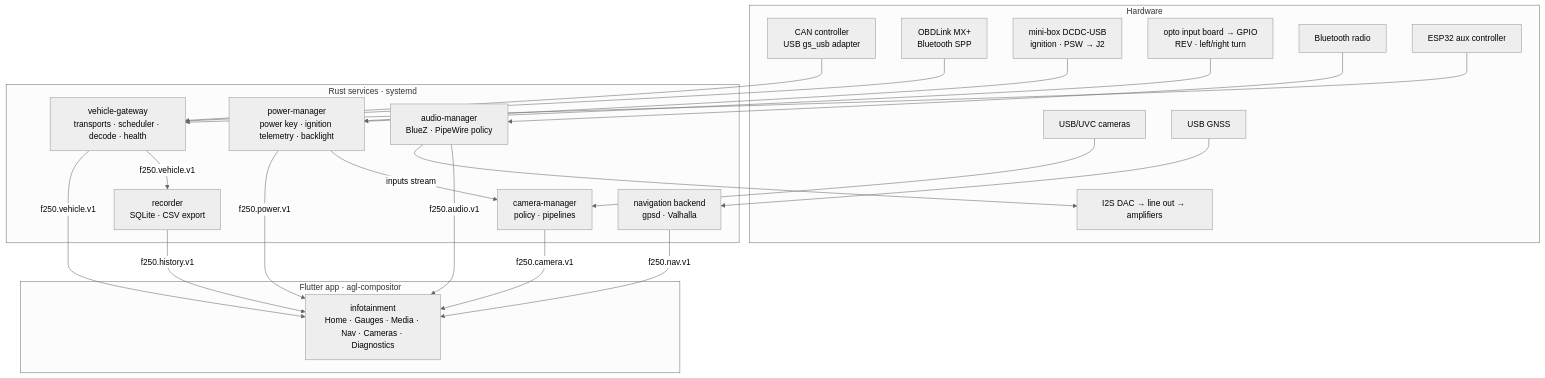
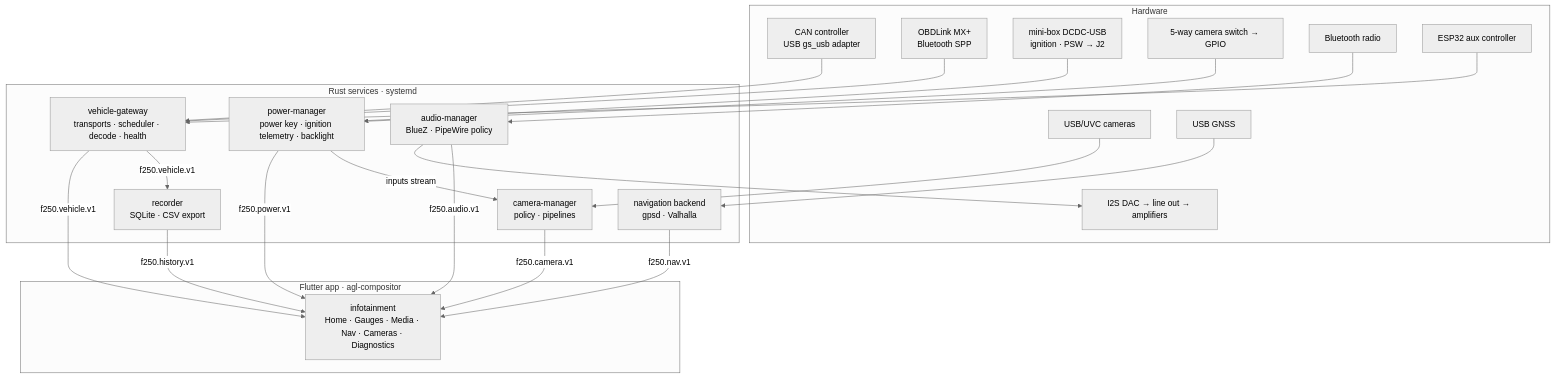
Before and after one commit to darickc/TruckDashboard: the first of 3 diagrams in docs/architecture/overview.md, drawn with Mermaid (neutral theme). The commit also changed other lines of this file and 21 other files, not shown here.

First line of the commit message:
docs: cameras picked by a 5-way switch, reverse from CAN; no opto board

````diff
--- a/docs/architecture/overview.md
+++ b/docs/architecture/overview.md
@@ -35,46 +35,46 @@
 ```mermaid
 flowchart TB
   subgraph HW[Hardware]
     CAN[CAN controller<br/>USB gs_usb adapter]
     MX[OBDLink MX+<br/>Bluetooth SPP]
     PSU[mini-box DCDC-USB<br/>ignition · PSW → J2]
-    GPIO[opto input board → GPIO<br/>REV · left/right turn]
+    GPIO[5-way camera switch → GPIO]
     V4L[USB/UVC cameras]
     GNSS[USB GNSS]
     BT[Bluetooth radio]
     DAC[I2S DAC → line out → amplifiers]
     ESP[ESP32 aux controller]
   end
 
   subgraph SVC[Rust services · systemd]
     GW[vehicle-gateway<br/>transports · scheduler · decode · health]
     REC[recorder<br/>SQLite · CSV export]
     PWR[power-manager<br/>power key · ignition telemetry · backlight]
     CAMM[camera-manager<br/>policy · pipelines]
     AUDM[audio-manager<br/>BlueZ · PipeWire policy]
     NAV[navigation backend<br/>gpsd · Valhalla]
   end
 
   subgraph APP[Flutter app · agl-compositor]
     UI[infotainment<br/>Home · Gauges · Media · Nav · Cameras · Diagnostics]
   end
 
   CAN --> GW
   MX --> GW
   ESP --> GW
   GPIO --> PWR
   PSU --> PWR
   V4L --> CAMM
   GNSS --> NAV
   BT --> AUDM
   AUDM --> DAC
 
   GW -- f250.vehicle.v1 --> UI
   GW -- f250.vehicle.v1 --> REC
   PWR -- f250.power.v1 --> UI
   PWR -- inputs stream --> CAMM
   CAMM -- f250.camera.v1 --> UI
   AUDM -- f250.audio.v1 --> UI
   NAV -- f250.nav.v1 --> UI
   REC -- f250.history.v1 --> UI
 ```
````
